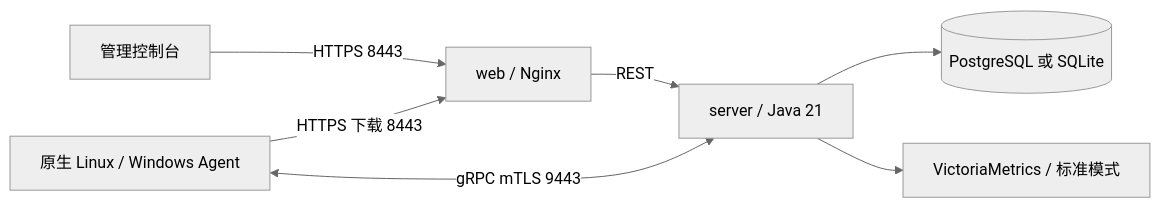
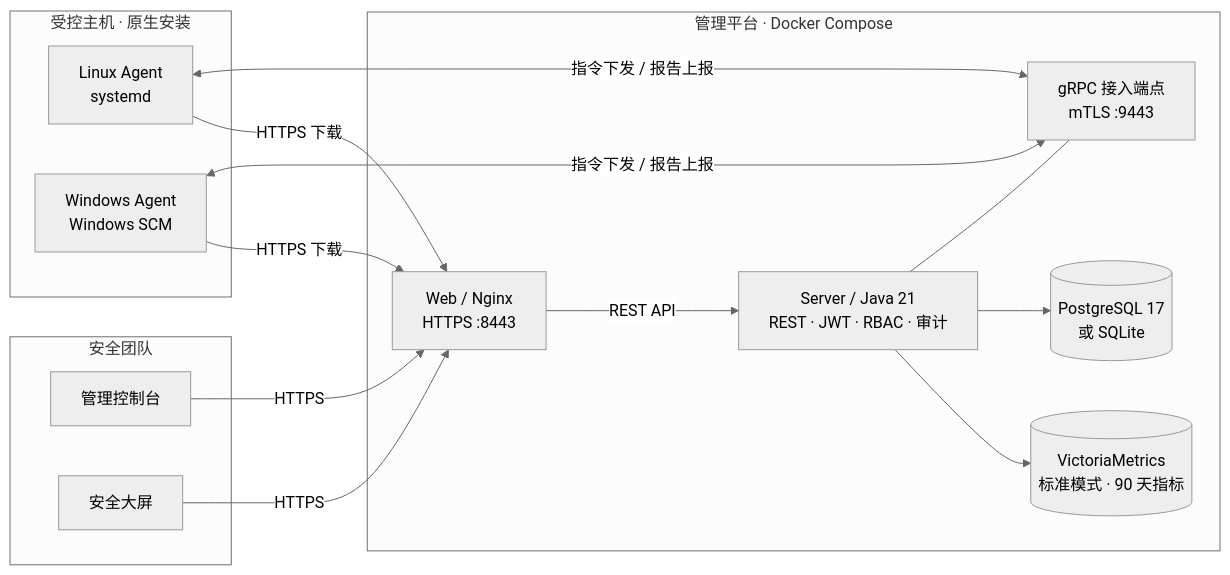
Before and after one commit to wybroot/alinksec: the first of 3 diagrams in README-cn.md, drawn with Mermaid (neutral theme). The commit also changed other lines of this file and 1 other file, not shown here.

````diff
--- a/README-cn.md
+++ b/README-cn.md
@@ -32,9 +63,31 @@
 ```mermaid
 flowchart LR
-    Browser[管理控制台] -->|HTTPS 8443| Web[web / Nginx]
-    Web -->|REST| Server[server / Java 21]
-    Agent[原生 Linux / Windows Agent] <-->|gRPC mTLS 9443| Server
-    Agent -->|HTTPS 下载 8443| Web
-    Server --> Database[(PostgreSQL 或 SQLite)]
-    Server --> Metrics[VictoriaMetrics / 标准模式]
+    subgraph TEAM["安全团队"]
+        CONSOLE["管理控制台"]
+        SCREEN["安全大屏"]
+    end
+
+    subgraph PLATFORM["管理平台 · Docker Compose"]
+        WEB["Web / Nginx<br/>HTTPS :8443"]
+        SERVER["Server / Java 21<br/>REST · JWT · RBAC · 审计"]
+        GRPC["gRPC 接入端点<br/>mTLS :9443"]
+        DB[("PostgreSQL 17<br/>或 SQLite")]
+        METRICS[("VictoriaMetrics<br/>标准模式 · 90 天指标")]
+    end
+
+    subgraph HOSTS["受控主机 · 原生安装"]
+        LINUX["Linux Agent<br/>systemd"]
+        WINDOWS["Windows Agent<br/>Windows SCM"]
+    end
+
+    CONSOLE -->|HTTPS| WEB
+    SCREEN -->|HTTPS| WEB
+    WEB -->|REST API| SERVER
+    SERVER --- GRPC
+    SERVER --> DB
+    SERVER --> METRICS
+    LINUX <-->|指令下发 / 报告上报| GRPC
+    WINDOWS <-->|指令下发 / 报告上报| GRPC
+    LINUX -->|HTTPS 下载| WEB
+    WINDOWS -->|HTTPS 下载| WEB
 ```
````
